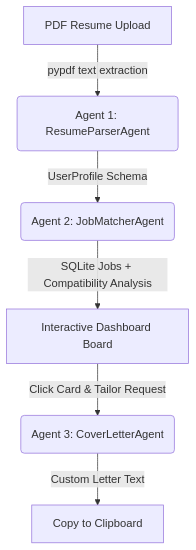
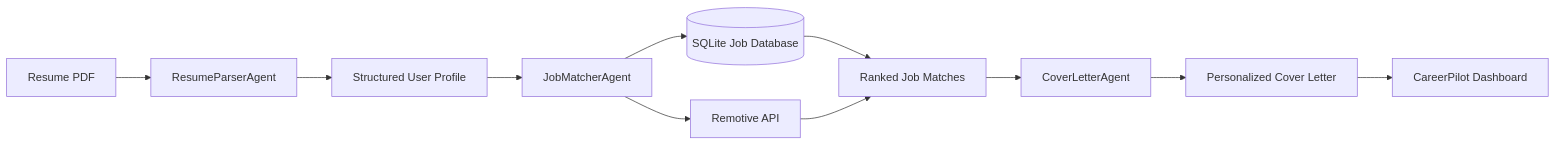
One commit to mxrci580/careerpilot-ai changed the diagram in README.md. Above: the diagram before and after it, drawn with Mermaid. The commit also changed other lines of this file, not shown here.

First line of the commit message:
Revise README for CareerPilot AI branding and features

````diff
--- a/README.md
+++ b/README.md
@@ -38,8 +174,30 @@
 ```mermaid
-graph TD
-    A[PDF Resume Upload] -->|pypdf text extraction| B(Agent 1: ResumeParserAgent)
-    B -->|UserProfile Schema| C(Agent 2: JobMatcherAgent)
-    C -->|SQLite Jobs + Compatibility Analysis| D[Interactive Dashboard Board]
-    D -->|Click Card & Tailor Request| E(Agent 3: CoverLetterAgent)
-    E -->|Custom Letter Text| F[Copy to Clipboard]
+flowchart LR
+
+A[Resume PDF]
+--> B[ResumeParserAgent]
+
+B
+--> C[Structured User Profile]
+
+C
+--> D[JobMatcherAgent]
+
+D
+--> E[(SQLite Job Database)]
+
+D
+--> F[Remotive API]
+
+E --> G[Ranked Job Matches]
+F --> G
+
+G
+--> H[CoverLetterAgent]
+
+H
+--> I[Personalized Cover Letter]
+
+I
+--> J[CareerPilot Dashboard]
 ```
````
